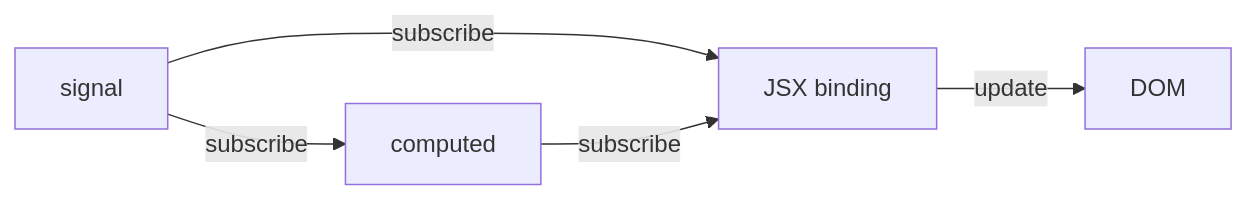
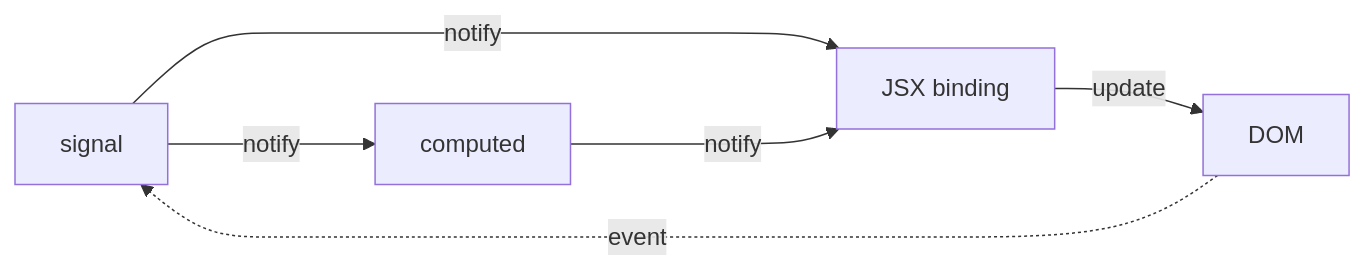
One commit to semajsx/semajsx changed the diagram in apps/docs/content/reference/signals.md. Above: the diagram before and after it, drawn with Mermaid. The commit also changed 3 other files, not shown here.

First line of the commit message:
docs: add mermaid reference page and update flowcharts with dual-end markers

````diff
--- a/apps/docs/content/reference/signals.md
+++ b/apps/docs/content/reference/signals.md
@@ -136,7 +136,8 @@
 ```mermaid
 graph LR
-  A[signal] -->|subscribe| B[computed]
-  A -->|subscribe| C[JSX binding]
-  B -->|subscribe| C
+  A[signal] o-->|notify| B[computed]
+  A o-->|notify| C[JSX binding]
+  B o-->|notify| C
   C -->|update| D[DOM]
+  D -.->|event| A
 ```
````
